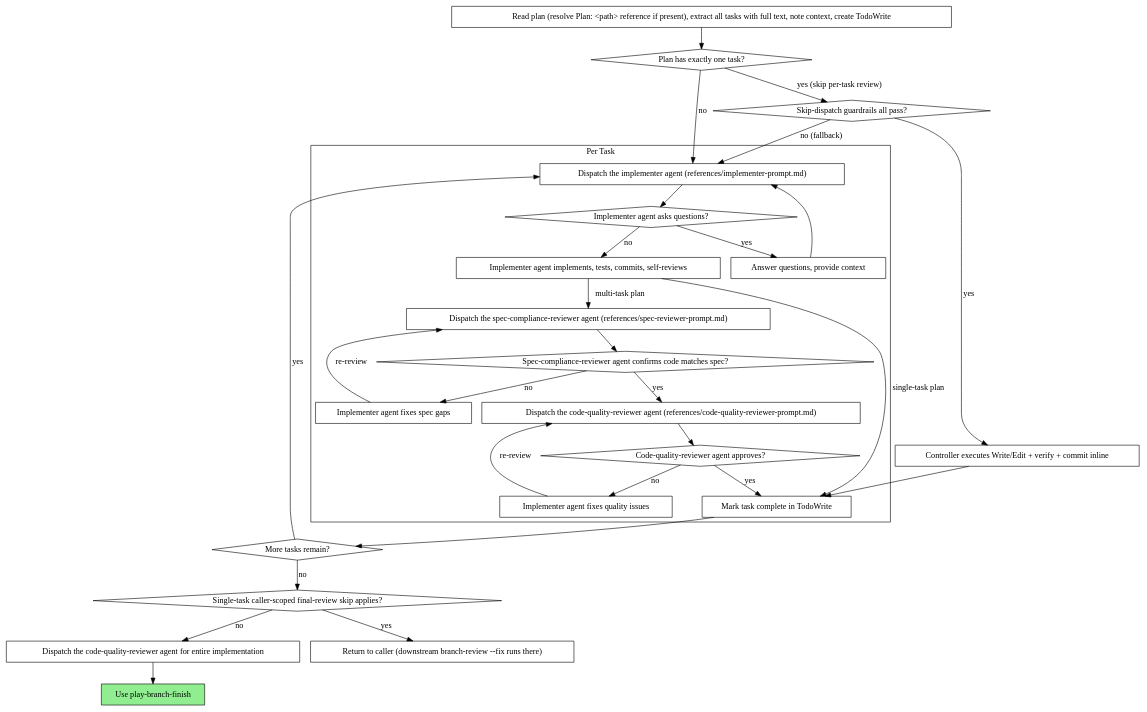
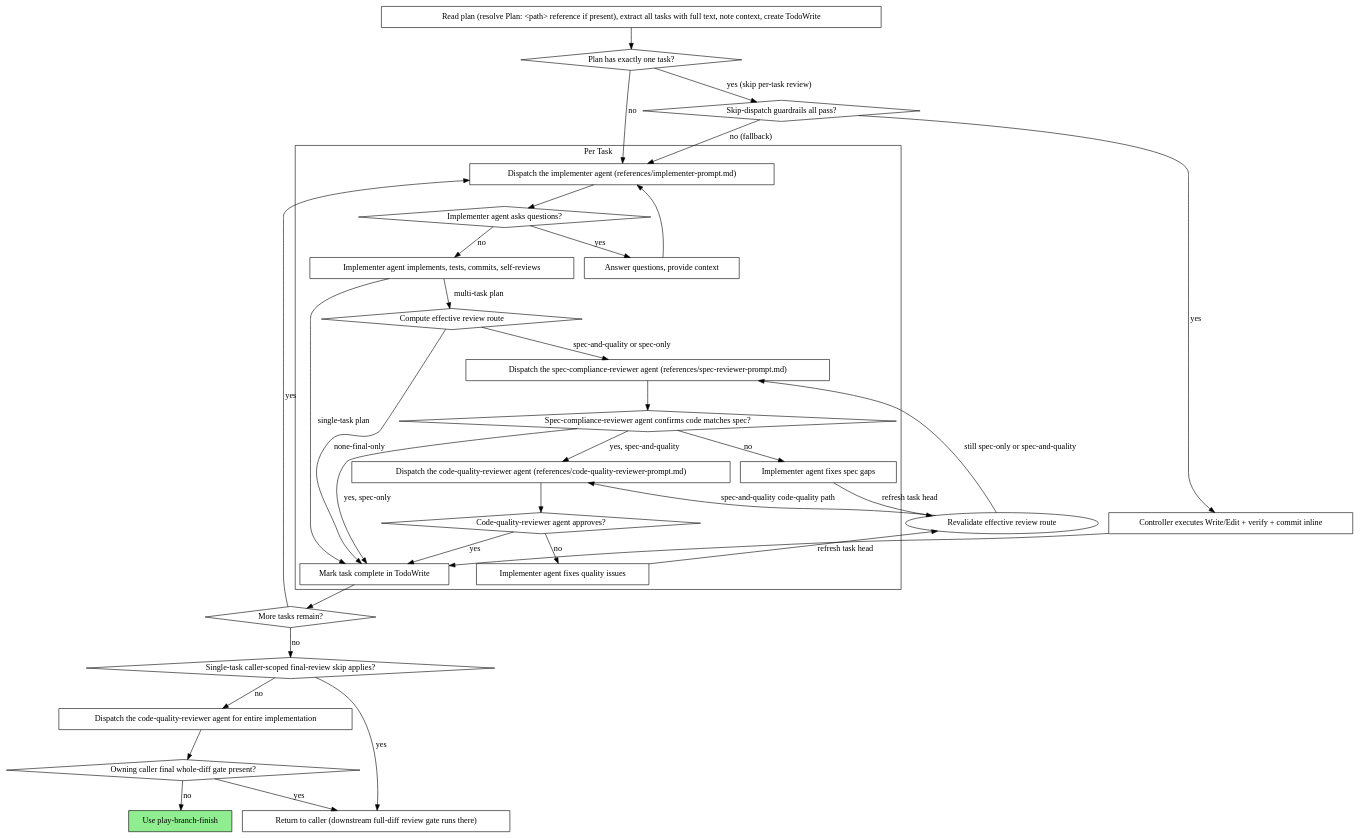
Before and after one commit to ryumiel/devcanon: the second of 3 diagrams in skills/play-subagent-execution/SKILL.md, drawn with Graphviz. The commit also changed other lines of this file and 29 other files, not shown here.

````diff
--- a/skills/play-subagent-execution/SKILL.md
+++ b/skills/play-subagent-execution/SKILL.md
@@ -97,57 +131,66 @@
 ```dot
 digraph process {
     rankdir=TB;
 
     subgraph cluster_per_task {
         label="Per Task";
         "Dispatch the implementer agent (references/implementer-prompt.md)" [shape=box];
         "Implementer agent asks questions?" [shape=diamond];
         "Answer questions, provide context" [shape=box];
         "Implementer agent implements, tests, commits, self-reviews" [shape=box];
+        "Compute effective review route" [shape=diamond];
         "Dispatch the spec-compliance-reviewer agent (references/spec-reviewer-prompt.md)" [shape=box];
         "Spec-compliance-reviewer agent confirms code matches spec?" [shape=diamond];
         "Implementer agent fixes spec gaps" [shape=box];
         "Dispatch the code-quality-reviewer agent (references/code-quality-reviewer-prompt.md)" [shape=box];
         "Code-quality-reviewer agent approves?" [shape=diamond];
         "Implementer agent fixes quality issues" [shape=box];
         "Mark task complete in TodoWrite" [shape=box];
     }
 
     "Read plan (resolve Plan: <path> reference if present), extract all tasks with full text, note context, create TodoWrite" [shape=box];
     "Plan has exactly one task?" [shape=diamond];
     "More tasks remain?" [shape=diamond];
     "Single-task caller-scoped final-review skip applies?" [shape=diamond];
     "Dispatch the code-quality-reviewer agent for entire implementation" [shape=box];
-    "Return to caller (downstream branch-review --fix runs there)" [shape=box];
+    "Owning caller final whole-diff gate present?" [shape=diamond];
+    "Return to caller (downstream full-diff review gate runs there)" [shape=box];
     "Use play-branch-finish" [shape=box style=filled fillcolor=lightgreen];
 
     "Read plan (resolve Plan: <path> reference if present), extract all tasks with full text, note context, create TodoWrite" -> "Plan has exactly one task?";
     "Plan has exactly one task?" -> "Dispatch the implementer agent (references/implementer-prompt.md)" [label="no"];
     "Plan has exactly one task?" -> "Skip-dispatch guardrails all pass?" [label="yes (skip per-task review)"];
     "Skip-dispatch guardrails all pass?" [shape=diamond];
     "Skip-dispatch guardrails all pass?" -> "Controller executes Write/Edit + verify + commit inline" [label="yes"];
     "Skip-dispatch guardrails all pass?" -> "Dispatch the implementer agent (references/implementer-prompt.md)" [label="no (fallback)"];
     "Controller executes Write/Edit + verify + commit inline" [shape=box];
     "Controller executes Write/Edit + verify + commit inline" -> "Mark task complete in TodoWrite";
     "Dispatch the implementer agent (references/implementer-prompt.md)" -> "Implementer agent asks questions?";
     "Implementer agent asks questions?" -> "Answer questions, provide context" [label="yes"];
     "Answer questions, provide context" -> "Dispatch the implementer agent (references/implementer-prompt.md)";
     "Implementer agent asks questions?" -> "Implementer agent implements, tests, commits, self-reviews" [label="no"];
     "Implementer agent implements, tests, commits, self-reviews" -> "Mark task complete in TodoWrite" [label="single-task plan"];
-    "Implementer agent implements, tests, commits, self-reviews" -> "Dispatch the spec-compliance-reviewer agent (references/spec-reviewer-prompt.md)" [label="multi-task plan"];
+    "Implementer agent implements, tests, commits, self-reviews" -> "Compute effective review route" [label="multi-task plan"];
+    "Compute effective review route" -> "Dispatch the spec-compliance-reviewer agent (references/spec-reviewer-prompt.md)" [label="spec-and-quality or spec-only"];
+    "Compute effective review route" -> "Mark task complete in TodoWrite" [label="none-final-only"];
     "Dispatch the spec-compliance-reviewer agent (references/spec-reviewer-prompt.md)" -> "Spec-compliance-reviewer agent confirms code matches spec?";
     "Spec-compliance-reviewer agent confirms code matches spec?" -> "Implementer agent fixes spec gaps" [label="no"];
-    "Implementer agent fixes spec gaps" -> "Dispatch the spec-compliance-reviewer agent (references/spec-reviewer-prompt.md)" [label="re-review"];
-    "Spec-compliance-reviewer agent confirms code matches spec?" -> "Dispatch the code-quality-reviewer agent (references/code-quality-reviewer-prompt.md)" [label="yes"];
+    "Implementer agent fixes spec gaps" -> "Revalidate effective review route" [label="refresh task head"];
+    "Revalidate effective review route" -> "Dispatch the spec-compliance-reviewer agent (references/spec-reviewer-prompt.md)" [label="still spec-only or spec-and-quality"];
+    "Revalidate effective review route" -> "Dispatch the code-quality-reviewer agent (references/code-quality-reviewer-prompt.md)" [label="spec-and-quality code-quality path"];
+    "Spec-compliance-reviewer agent confirms code matches spec?" -> "Dispatch the code-quality-reviewer agent (references/code-quality-reviewer-prompt.md)" [label="yes, spec-and-quality"];
+    "Spec-compliance-reviewer agent confirms code matches spec?" -> "Mark task complete in TodoWrite" [label="yes, spec-only"];
     "Dispatch the code-quality-reviewer agent (references/code-quality-reviewer-prompt.md)" -> "Code-quality-reviewer agent approves?";
     "Code-quality-reviewer agent approves?" -> "Implementer agent fixes quality issues" [label="no"];
-    "Implementer agent fixes quality issues" -> "Dispatch the code-quality-reviewer agent (references/code-quality-reviewer-prompt.md)" [label="re-review"];
+    "Implementer agent fixes quality issues" -> "Revalidate effective review route" [label="refresh task head"];
     "Code-quality-reviewer agent approves?" -> "Mark task complete in TodoWrite" [label="yes"];
     "Mark task complete in TodoWrite" -> "More tasks remain?";
     "More tasks remain?" -> "Dispatch the implementer agent (references/implementer-prompt.md)" [label="yes"];
     "More tasks remain?" -> "Single-task caller-scoped final-review skip applies?" [label="no"];
-    "Single-task caller-scoped final-review skip applies?" -> "Return to caller (downstream branch-review --fix runs there)" [label="yes"];
+    "Single-task caller-scoped final-review skip applies?" -> "Return to caller (downstream full-diff review gate runs there)" [label="yes"];
     "Single-task caller-scoped final-review skip applies?" -> "Dispatch the code-quality-reviewer agent for entire implementation" [label="no"];
-    "Dispatch the code-quality-reviewer agent for entire implementation" -> "Use play-branch-finish";
+    "Dispatch the code-quality-reviewer agent for entire implementation" -> "Owning caller final whole-diff gate present?";
+    "Owning caller final whole-diff gate present?" -> "Return to caller (downstream full-diff review gate runs there)" [label="yes"];
+    "Owning caller final whole-diff gate present?" -> "Use play-branch-finish" [label="no"];
 }
 ```
````
